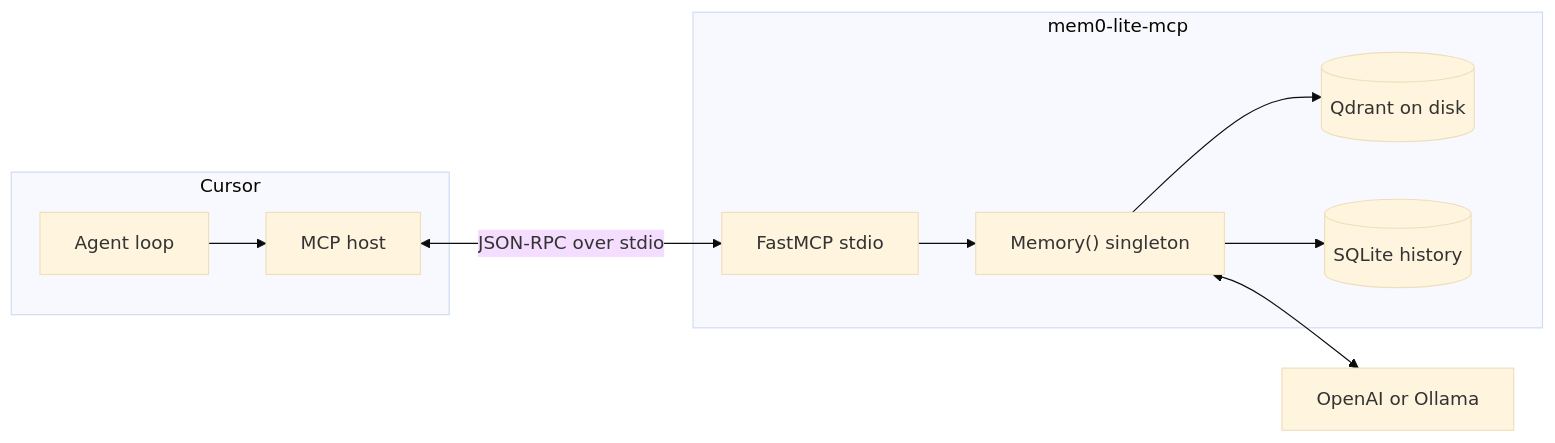
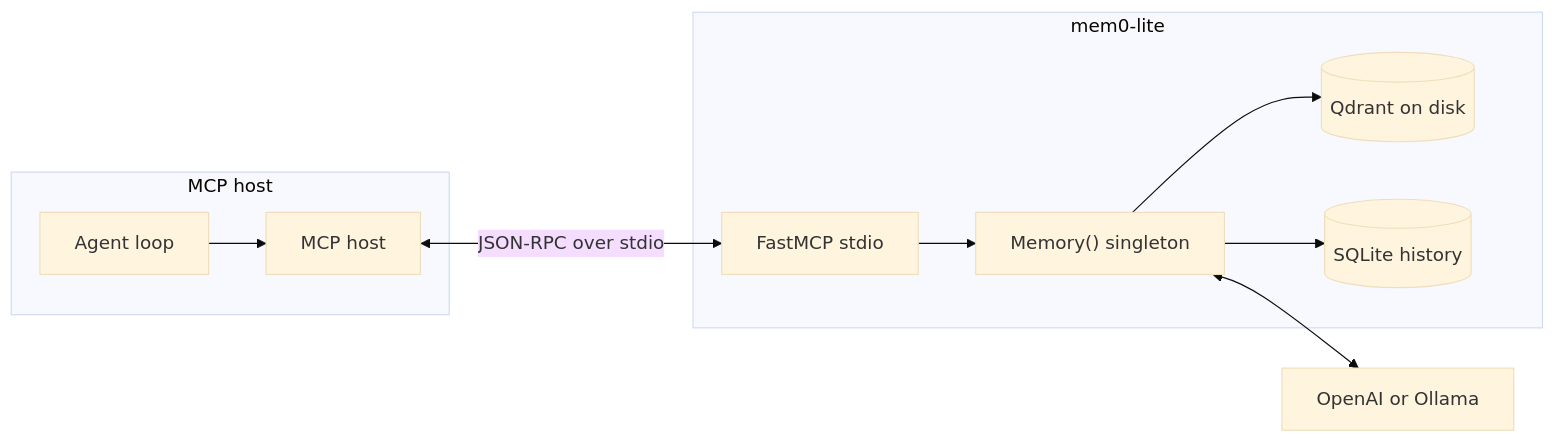
One commit to bdombro/mem0-lite changed the first of 3 diagrams in docs/architecture.md. Above: the diagram before and after it, drawn with Mermaid (base theme). The commit also changed other lines of this file and 20 other files, not shown here.

````diff
--- a/docs/architecture.md
+++ b/docs/architecture.md
@@ -5,23 +5,23 @@
 ```mermaid
 flowchart LR
-  subgraph editor [Cursor]
+  subgraph editor [MCP host]
     Agent[Agent loop]
     MCPHost[MCP host]
   end
 
-  subgraph sidecar [mem0-lite-mcp]
+  subgraph sidecar [mem0-lite]
     FastMCP[FastMCP stdio]
     Singleton["Memory() singleton"]
     Qdrant[(Qdrant on disk)]
     History[(SQLite history)]
   end
 
   LLM[OpenAI or Ollama]
 
   Agent --> MCPHost
   MCPHost <-->|JSON-RPC over stdio| FastMCP
   FastMCP --> Singleton
   Singleton --> Qdrant
   Singleton --> History
   Singleton <--> LLM
 ```
````
